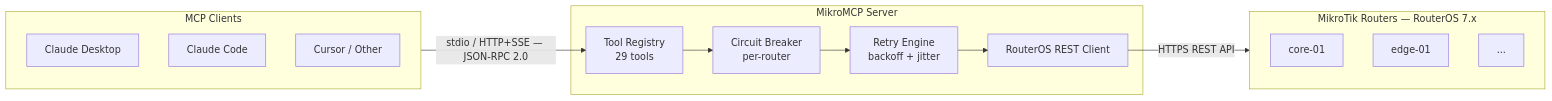
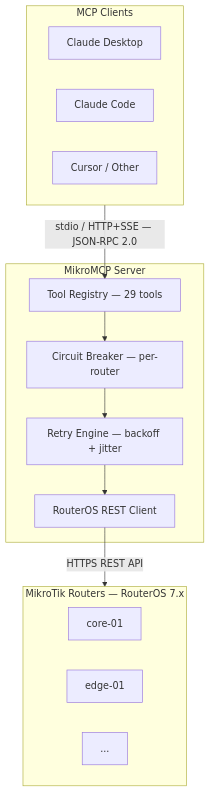
Before and after one commit to AliKarami/MikroMCP: the diagram in README.md, drawn with Mermaid.

Commit message:
docs: switch diagram to TD layout to fix width on laptop screens
LR forced the full pipeline to stretch horizontally, making text
tiny on smaller screens. TD stacks clients → server → routers
vertically, keeping the diagram compact and readable at normal zoom.

````diff
--- a/README.md
+++ b/README.md
@@ -25,25 +25,25 @@
 ```mermaid
-flowchart LR
+flowchart TD
     subgraph Clients["MCP Clients"]
         A["Claude Desktop"]
         B["Claude Code"]
         C["Cursor / Other"]
     end
 
     subgraph Server["MikroMCP Server"]
-        REG["Tool Registry\n29 tools"]
-        CB["Circuit Breaker\nper-router"]
-        RE["Retry Engine\nbackoff + jitter"]
+        REG["Tool Registry — 29 tools"]
+        CB["Circuit Breaker — per-router"]
+        RE["Retry Engine — backoff + jitter"]
         RC["RouterOS REST Client"]
         REG --> CB --> RE --> RC
     end
 
     subgraph Routers["MikroTik Routers — RouterOS 7.x"]
         R1["core-01"]
         R2["edge-01"]
         R3["..."]
     end
 
     Clients -->|"stdio / HTTP+SSE — JSON-RPC 2.0"| REG
     RC -->|"HTTPS REST API"| Routers
 ```
````
